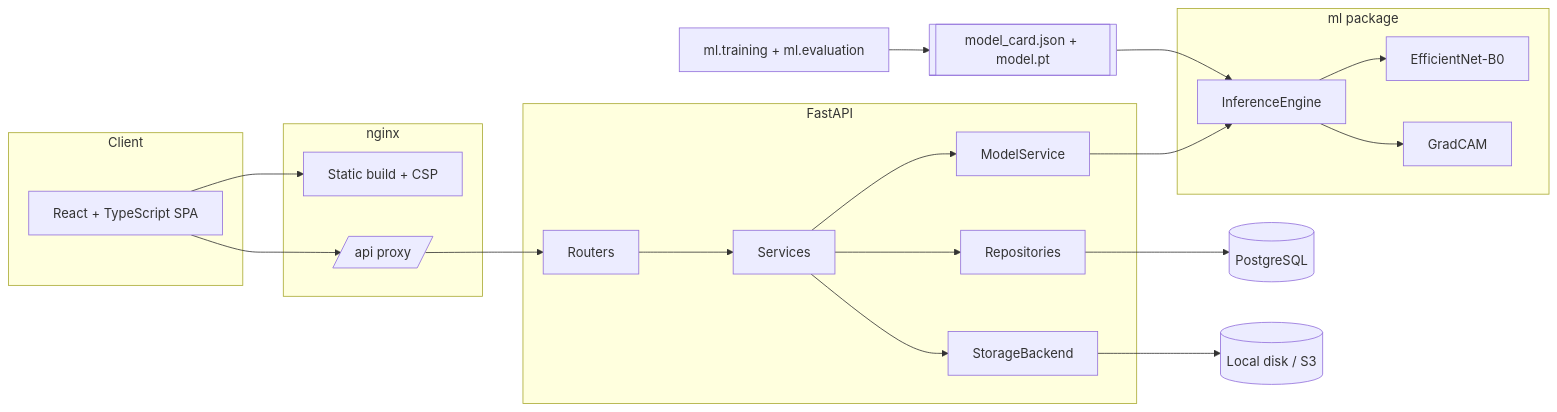
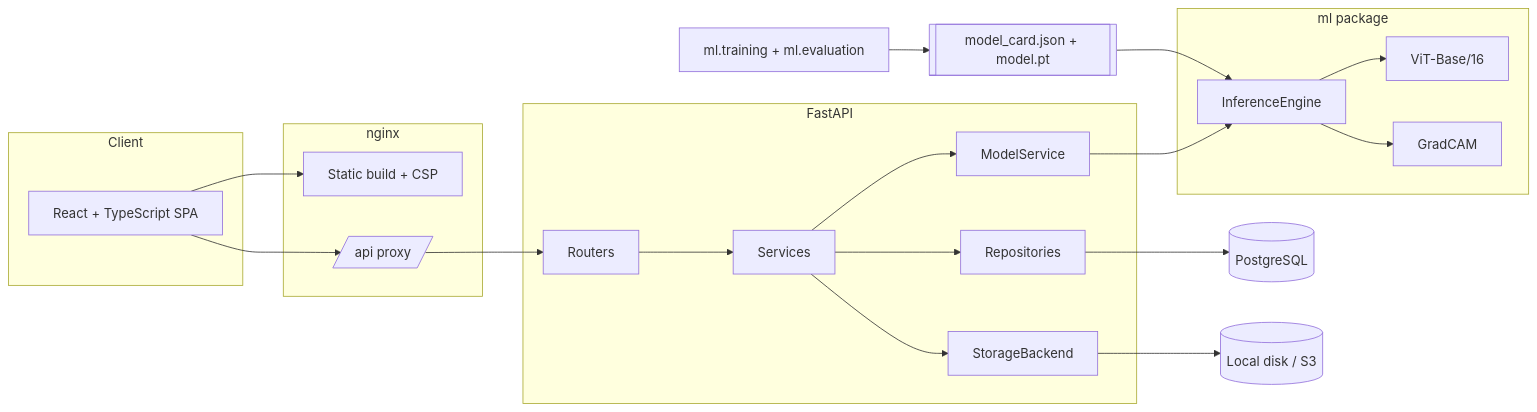
One commit to anirva09/MelaDx7 changed the diagram in README.md. Above: the diagram before and after it, drawn with Mermaid. The commit also changed other lines of this file and 64 other files, not shown here.

````diff
--- a/README.md
+++ b/README.md
@@ -116,26 +125,26 @@
 ```mermaid
 flowchart LR
   subgraph Client
     SPA[React + TypeScript SPA]
   end
   subgraph Web[nginx]
     Static[Static build + CSP]
     Proxy[/api proxy/]
   end
   subgraph API[FastAPI]
     Routers --> Services --> Repositories
     Services --> ModelService
     Services --> Storage[StorageBackend]
   end
   subgraph ML[ml package]
-    Engine[InferenceEngine] --> CNN[EfficientNet-B0]
+    Engine[InferenceEngine] --> Net[ViT-Base/16]
     Engine --> GradCAM
   end
   SPA --> Static
   SPA --> Proxy --> Routers
   Repositories --> PG[(PostgreSQL)]
   Storage --> Files[(Local disk / S3)]
   ModelService --> Engine
   Artifact[[model_card.json + model.pt]] --> Engine
   Train[ml.training + ml.evaluation] --> Artifact
 ```
````
